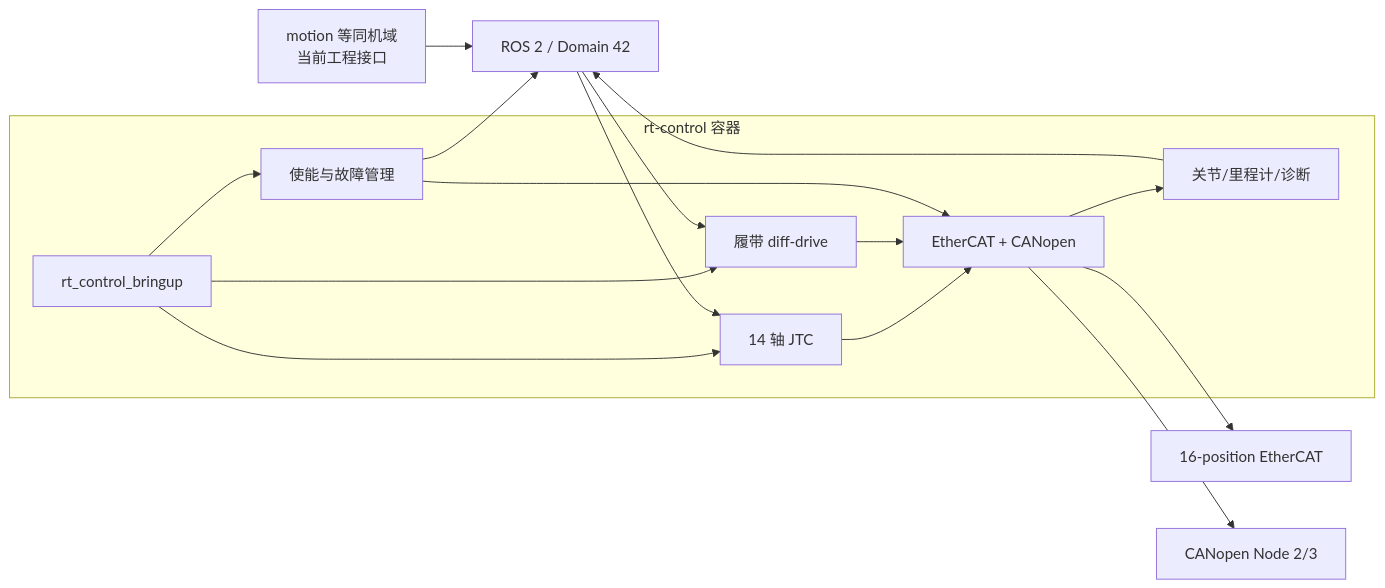
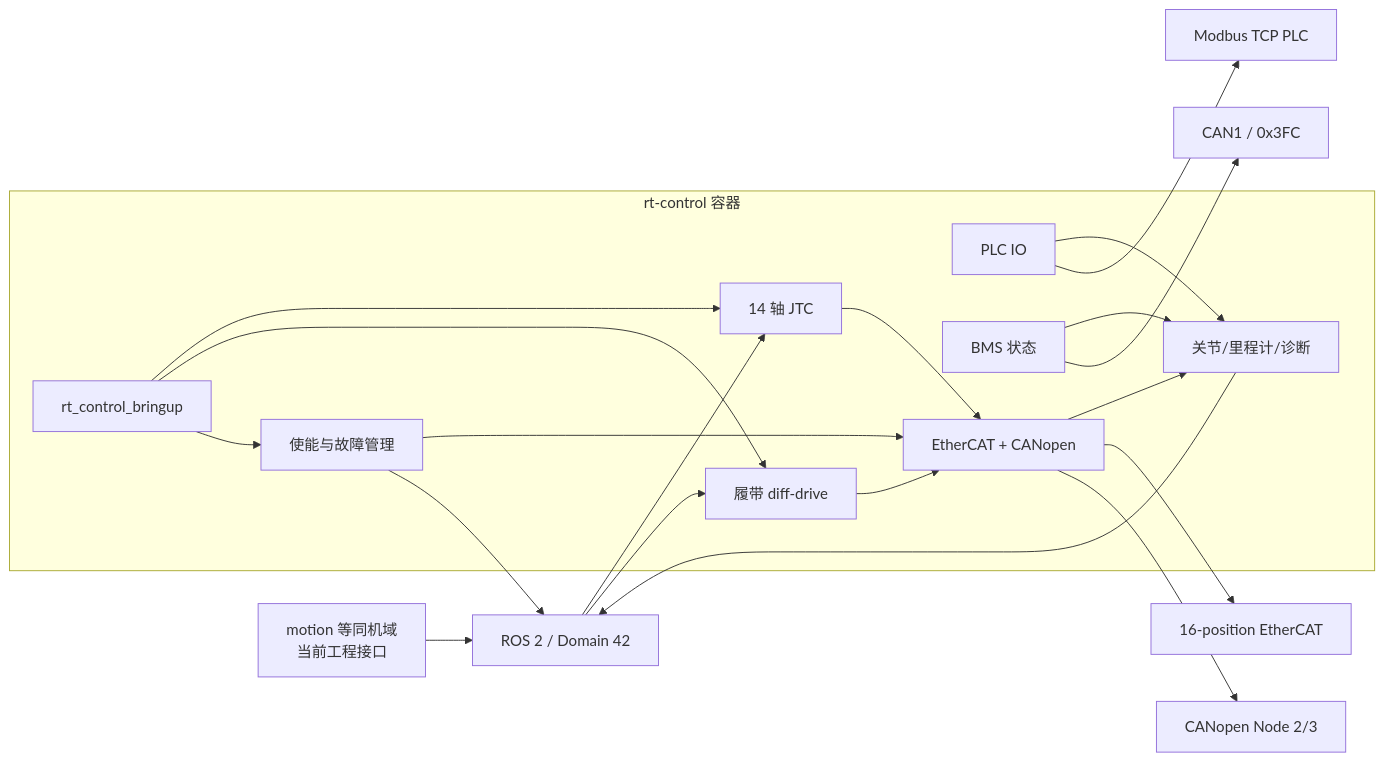
The diagram in domains/rt_control/docs/docker-deployment-performance-summary.md (SevenovaHangzhou/robot_driver), drawn with Mermaid before and after one commit. The commit also changed other lines of this file and 8 other files, not shown here.

First line of the commit message:
docs(T-RT-IO-005): record PLC and BMS commissioning

````diff
--- a/domains/rt_control/docs/docker-deployment-performance-summary.md
+++ b/domains/rt_control/docs/docker-deployment-performance-summary.md
@@ -32,27 +34,33 @@
 ```mermaid
 flowchart LR
     M[motion 等同机域<br/>当前工程接口] --> ROS[ROS 2 / Domain 42]
 
     subgraph C[rt-control 容器]
         B[rt_control_bringup]
         J[14 轴 JTC]
         D[履带 diff-drive]
         E[使能与故障管理]
+        P[PLC IO]
+        BM[BMS 状态]
         S[关节/里程计/诊断]
         H[EtherCAT + CANopen]
         B --> J
         B --> D
         B --> E
         J --> H
         D --> H
         E --> H
+        P --> S
+        BM --> S
         H --> S
     end
 
     ROS --> J
     ROS --> D
     E --> ROS
     S --> ROS
     H --> EC[16-position EtherCAT]
     H --> CAN[CANopen Node 2/3]
+    P --> PLC[Modbus TCP PLC]
+    BM --> BCAN[CAN1 / 0x3FC]
 ```
````
